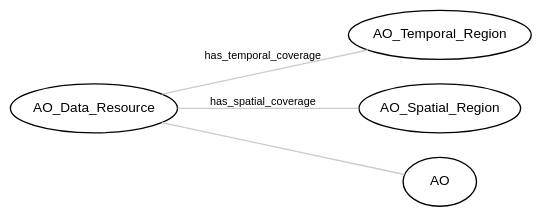
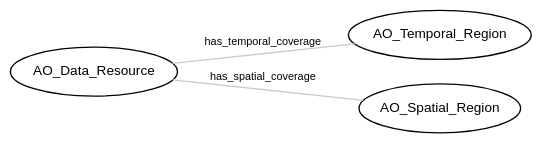
Before and after one commit to petrpajdla/atRium: diagram 11 of 11 in ariadne/index.qmd, drawn with Graphviz. The commit also changed other lines of this file and 1 other file, not shown here.

````diff
--- a/ariadne/index.qmd
+++ b/ariadne/index.qmd
@@ -741,29 +787,29 @@
 ```{dot}
 //| echo: false
 //| fig-width: 6
 //| fig-height: 6
 //| fig-align: "center"
 
 graph G {
   rankdir=LR
   bgcolor="transparent"
   node [
     fontname="Vollkorn,sans-serif"
     fontsize="10"
   ]
   edge [
     fontname="Vollkorn,sans-serif" 
     fontsize="8"
     color="gray80"
   ]
   graph [
     fontname="Vollkorn,sans-serif"
     fontsize="8"
     fontcolor="gray40"
   ]
   
   "AO_Data_Resource" -- "AO_Temporal_Region" [label="has_temporal_coverage"];
   "AO_Data_Resource" -- "AO_Spatial_Region" [label="has_spatial_coverage"];
-  "AO_Data_Resource" -- "AO"
+/* "AO_Data_Resource" -- "AO" */
 }
 ```
````
